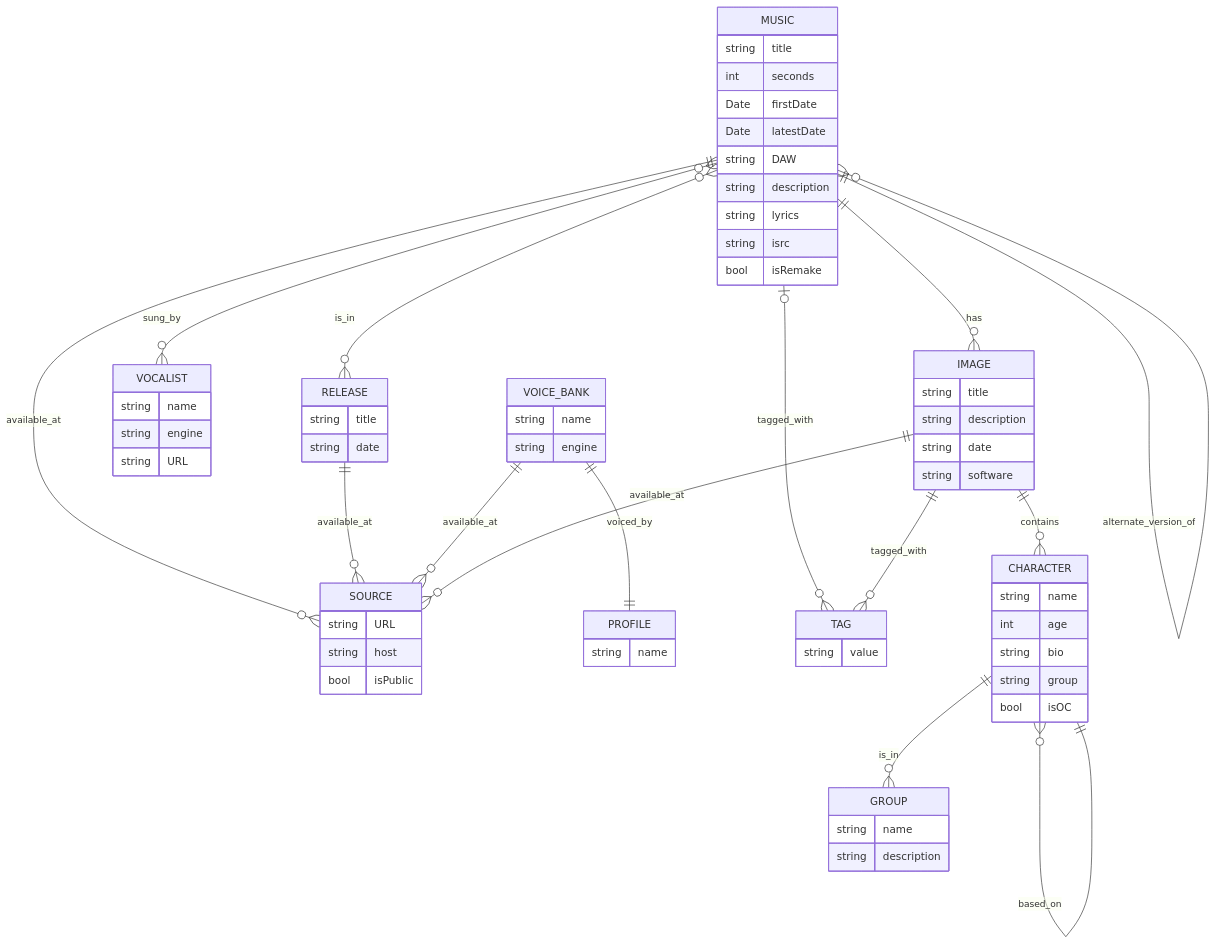
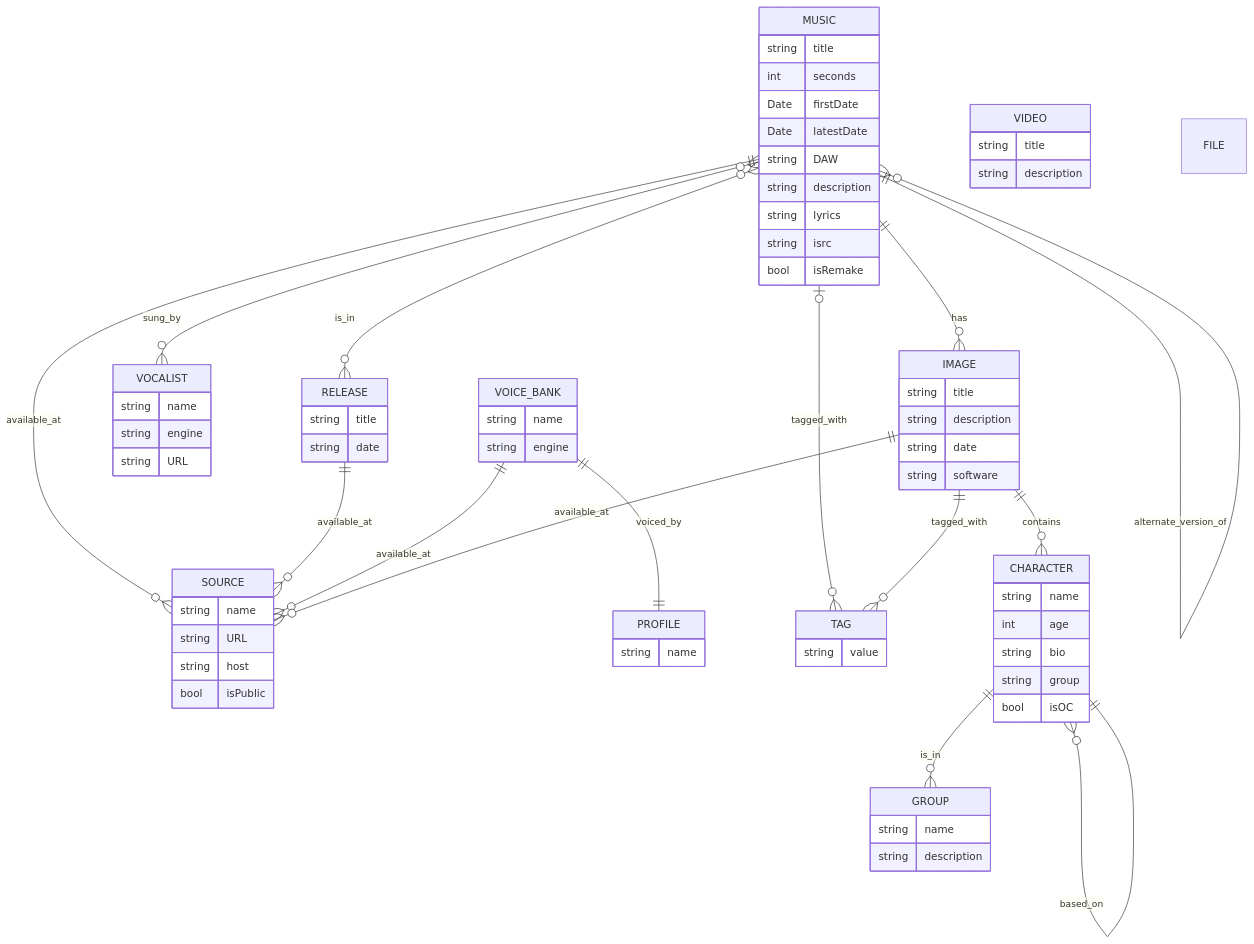
The diagram in er-diagram.md (nora-hansen/nure-db), drawn with Mermaid before and after one commit. The commit also changed 2 other files, not shown here.

Commit message:
Source changes

`````diff
--- a/er-diagram.md
+++ b/er-diagram.md
@@ -1,76 +1,85 @@
 ````mermaid
 ---
 ER diagram test
 ---
 erDiagram
     SOURCE {
+        string name
         string URL
         string host
         bool isPublic
     }
     PROFILE {
         string name
     }
     TAG {
         string value
     }
     MUSIC ||--o{ IMAGE : has
     MUSIC |o--o{ TAG : tagged_with
     MUSIC ||--o{ SOURCE : available_at
     MUSIC }o--o{ VOCALIST : sung_by
     MUSIC ||--o{ MUSIC : alternate_version_of
     MUSIC {
         string title
         int seconds
         Date firstDate
         Date latestDate
         string DAW
         string description
         string lyrics
         string isrc
         bool isRemake
     }
     MUSIC }o--o{ RELEASE : is_in
     RELEASE ||--o{ SOURCE : available_at
     RELEASE {
         string title
         string date
     }
     VOCALIST {
         string name
         string engine
         string URL
     }
     VOICE_BANK ||--o{ SOURCE : available_at
     VOICE_BANK ||--|| PROFILE : voiced_by
     VOICE_BANK {
         string name
         string engine
     }
     CHARACTER ||--o{ GROUP : is_in
     CHARACTER }o--|| CHARACTER : based_on
     CHARACTER {
         string name
         int age
         string bio
         string group
         bool isOC
     }
     GROUP {
         string name
         string description
     }
     IMAGE ||--o{ CHARACTER : contains
     IMAGE ||--o{ TAG : tagged_with
     IMAGE ||--o{ SOURCE : available_at
     IMAGE {
         string title
         string description
         string date
         string software
     }
+    VIDEO {
+        string title
+        string description
+        
+    }
+    FILE {
+        
+    }
 
 
 
 
 ````
`````
